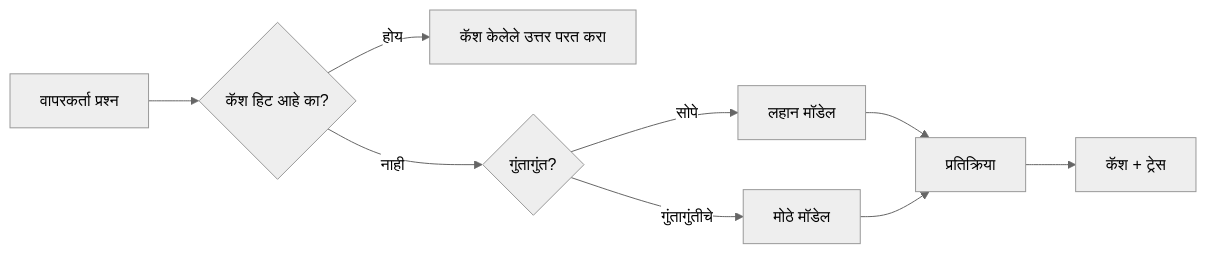
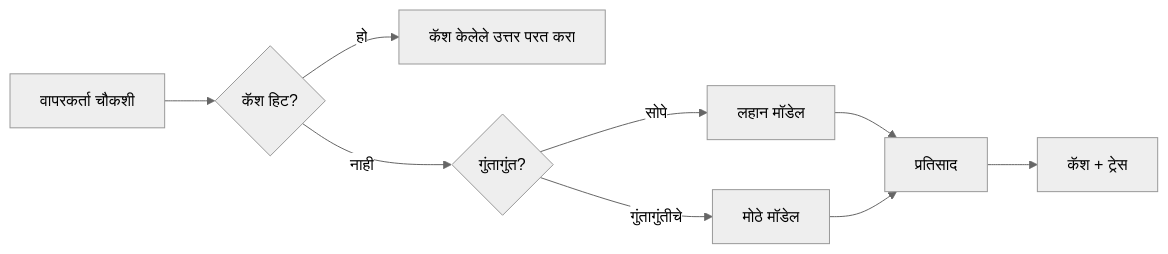
The third of 4 diagrams in mirrors/repos/microsoft@ai-agents-for-beginners/translations/mr/16-deploying-scalable-agents/README.md (gabrielmoreira/agent-skills-mirror), drawn with Mermaid (neutral theme) before and after one commit. The commit also changed other lines of this file and 3581 other files, not shown here.

````diff
--- a/mirrors/repos/microsoft@ai-agents-for-beginners/translations/mr/16-deploying-scalable-agents/README.md
+++ b/mirrors/repos/microsoft@ai-agents-for-beginners/translations/mr/16-deploying-scalable-agents/README.md
@@ -134,11 +134,11 @@
 ```mermaid
 flowchart LR
-    Q[वापरकर्ता प्रश्न] --> C{कॅश हिट आहे का?}
-    C -->|होय| R[कॅश केलेले उत्तर परत करा]
+    Q[वापरकर्ता चौकशी] --> C{कॅश हिट?}
+    C -->|हो| R[कॅश केलेले उत्तर परत करा]
     C -->|नाही| Router{गुंतागुंत?}
     Router -->|सोपे| SLM[लहान मॉडेल]
     Router -->|गुंतागुंतीचे| LLM[मोठे मॉडेल]
-    SLM --> Out[प्रतिक्रिया]
+    SLM --> Out[प्रतिसाद]
     LLM --> Out
     Out --> Store[कॅश + ट्रेस]
 ```
````
